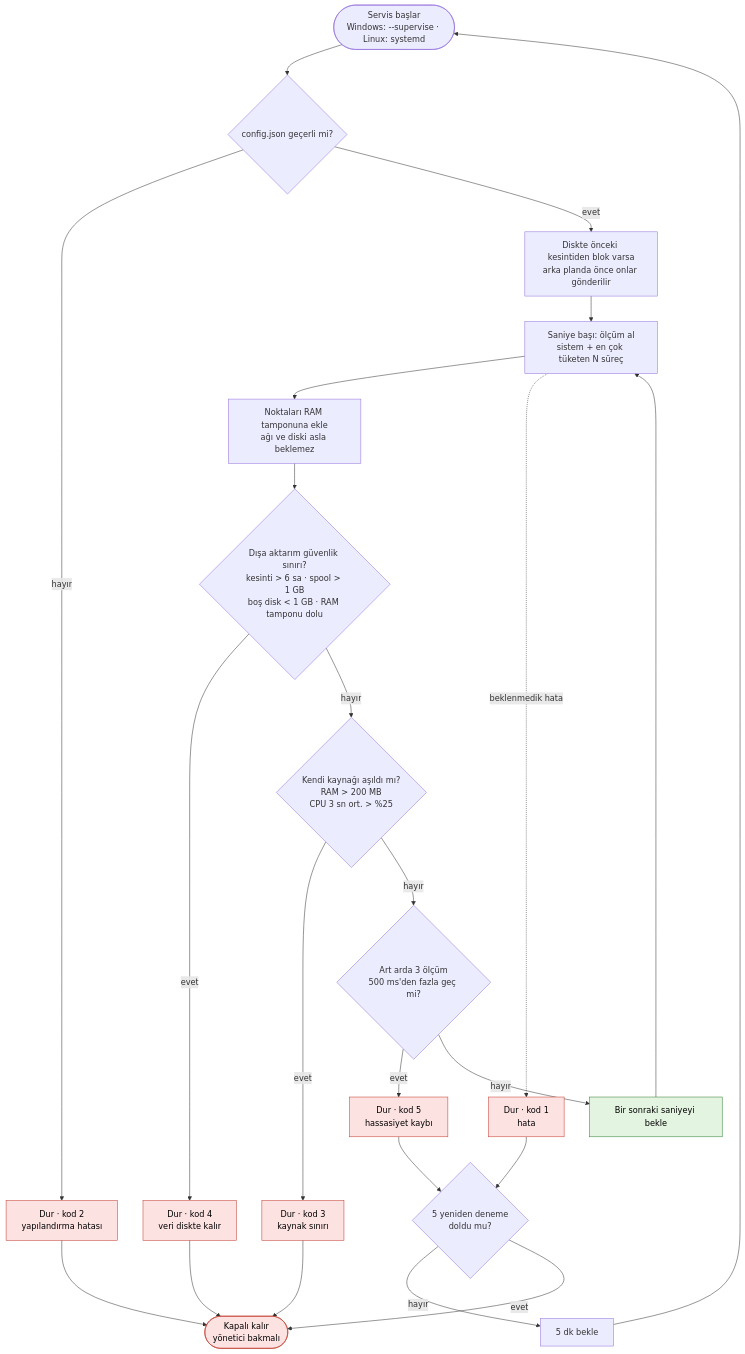
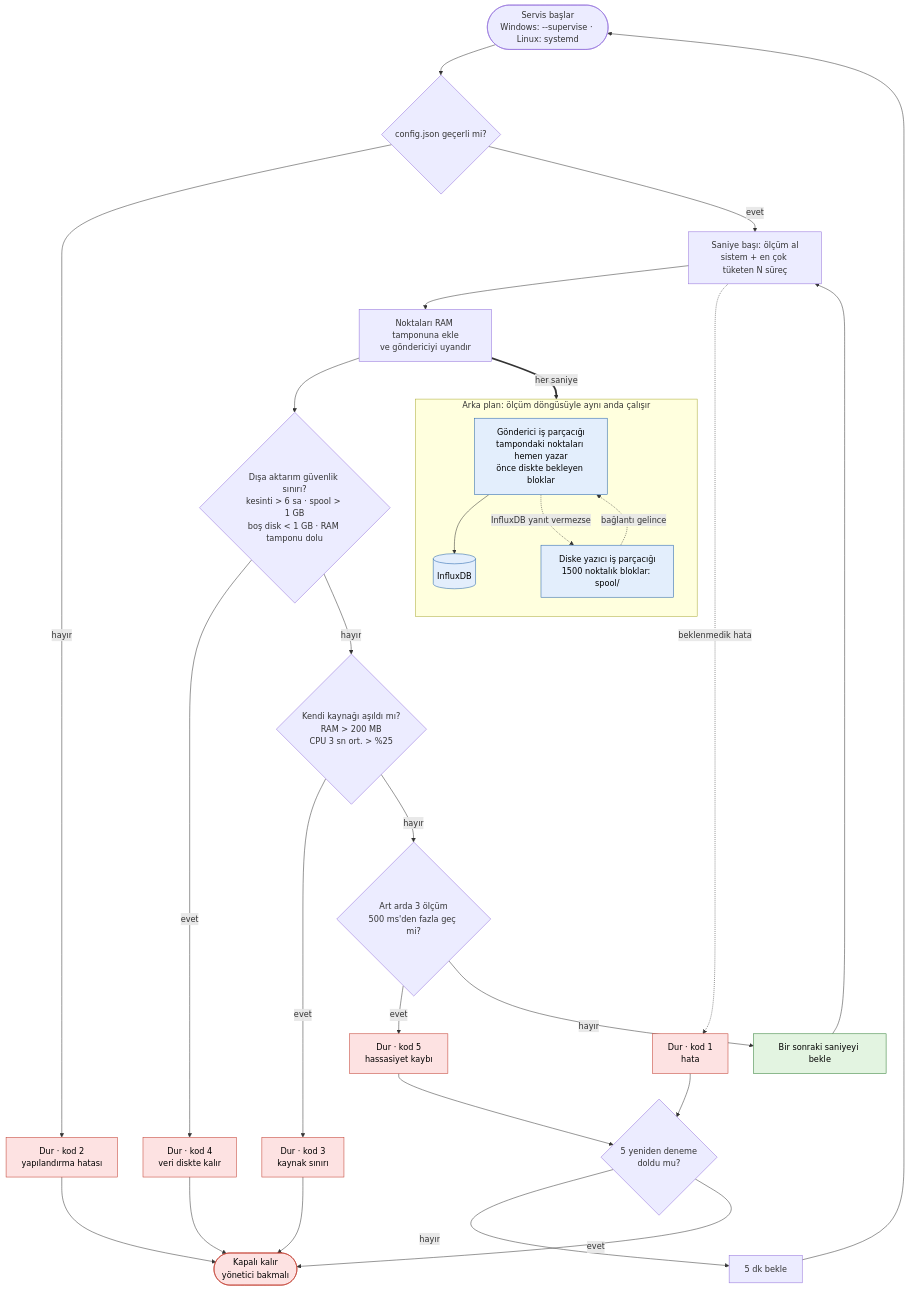
Before and after one commit to Proaiml/persecc: the second of 3 diagrams in README.md, drawn with Mermaid. The commit also changed other lines of this file, not shown here.

Commit message:
README: show the parallel sender in the flow diagram

````diff
--- a/README.md
+++ b/README.md
@@ -77,29 +77,38 @@
 ```mermaid
 flowchart TD
     S(["Servis başlar<br/>Windows: --supervise · Linux: systemd"]) --> Y{"config.json geçerli mi?"}
     Y -->|hayır| C2["Dur · kod 2<br/>yapılandırma hatası"]
-    Y -->|evet| O["Diskte önceki kesintiden blok varsa<br/>arka planda önce onlar gönderilir"]
-    O --> T["Saniye başı: ölçüm al<br/>sistem + en çok tüketen N süreç"]
-    T --> Q["Noktaları RAM tamponuna ekle<br/>ağı ve diski asla beklemez"]
+    Y -->|evet| T["Saniye başı: ölçüm al<br/>sistem + en çok tüketen N süreç"]
+    T --> Q["Noktaları RAM tamponuna ekle<br/>ve göndericiyi uyandır"]
     T -. "beklenmedik hata" .-> C1["Dur · kod 1<br/>hata"]
     Q --> G1{"Dışa aktarım güvenlik sınırı?<br/>kesinti > 6 sa · spool > 1 GB<br/>boş disk < 1 GB · RAM tamponu dolu"}
     G1 -->|evet| C4["Dur · kod 4<br/>veri diskte kalır"]
     G1 -->|hayır| G2{"Kendi kaynağı aşıldı mı?<br/>RAM > 200 MB<br/>CPU 3 sn ort. > %25"}
     G2 -->|evet| C3["Dur · kod 3<br/>kaynak sınırı"]
     G2 -->|hayır| G3{"Art arda 3 ölçüm<br/>500 ms'den fazla geç mi?"}
     G3 -->|evet| C5["Dur · kod 5<br/>hassasiyet kaybı"]
     G3 -->|hayır| W["Bir sonraki saniyeyi bekle"] --> T
+
+    subgraph P["Arka plan: ölçüm döngüsüyle aynı anda çalışır"]
+        direction TB
+        SN["Gönderici iş parçacığı<br/>tampondaki noktaları hemen yazar<br/>önce diskte bekleyen bloklar"] --> I[("InfluxDB")]
+        SN -. "InfluxDB yanıt vermezse" .-> SP["Diske yazıcı iş parçacığı<br/>1500 noktalık bloklar: spool/"]
+        SP -. "bağlantı gelince" .-> SN
+    end
+    Q == "her saniye" ==> SN
 
     C1 --> R{"5 yeniden deneme<br/>doldu mu?"}
     C5 --> R
     R -->|hayır| B["5 dk bekle"] --> S
     R -->|evet| K(["Kapalı kalır<br/>yönetici bakmalı"])
     C2 --> K
     C3 --> K
     C4 --> K
 
     classDef dur fill:#fde2e2,stroke:#c0392b,color:#000
     classDef tamam fill:#e3f4e1,stroke:#2e7d32,color:#000
+    classDef arka fill:#e3eefc,stroke:#1f5fa8,color:#000
     class C1,C2,C3,C4,C5,K dur
     class W tamam
+    class SN,SP,I arka
 ```
````
